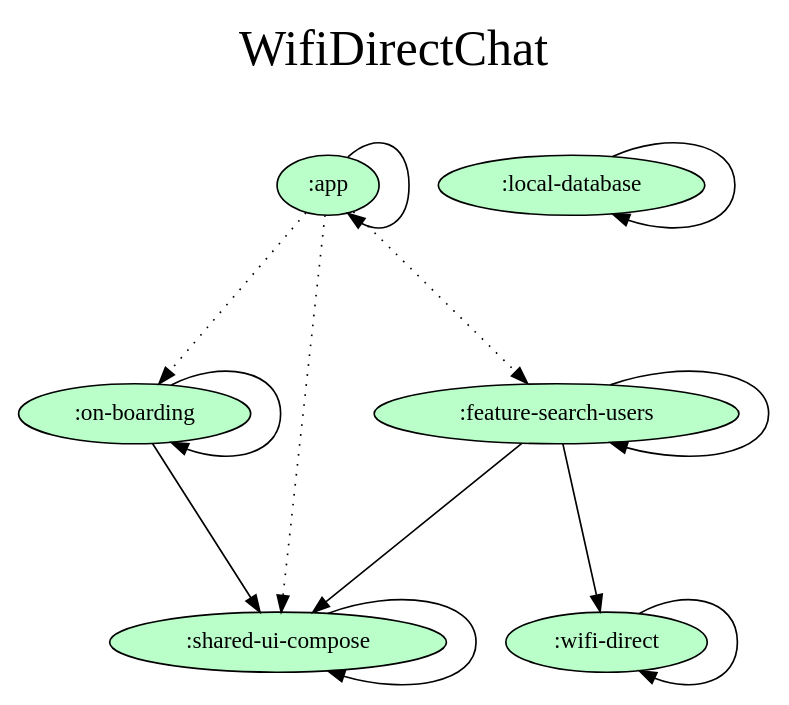
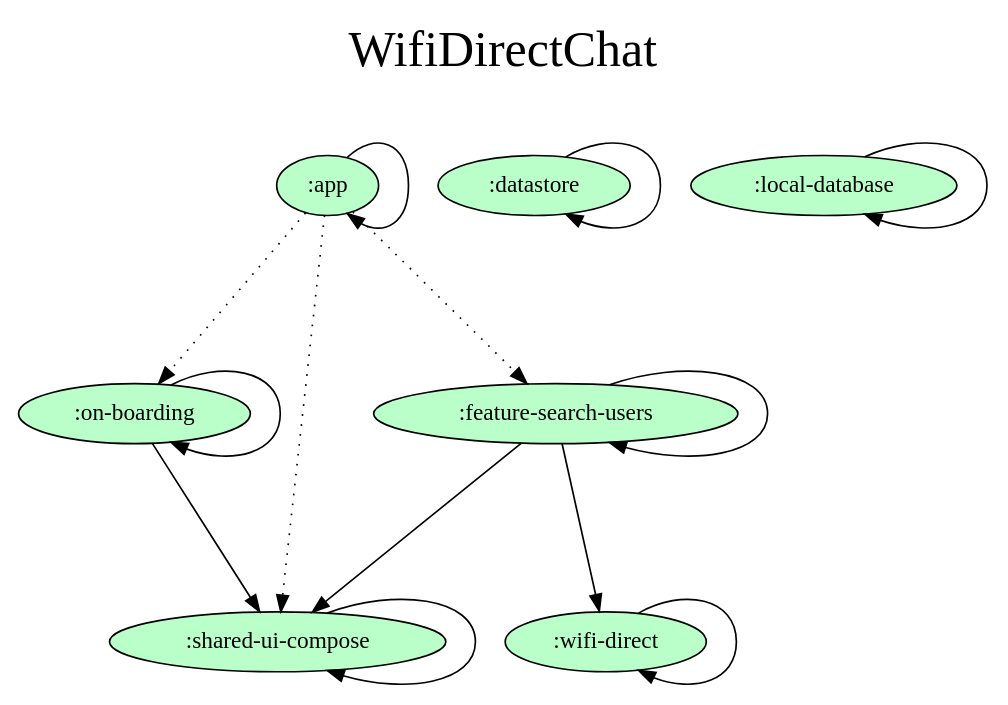
Before and after one commit to SilvVF/wd-chat: the diagram in dependency-graph/project.dot, drawn with Graphviz. The commit also changed 30 other files, not shown here.

```diff
--- a/dependency-graph/project.dot
+++ b/dependency-graph/project.dot
@@ -1,31 +1,33 @@
 digraph {
   graph [label="WifiDirectChat\n ",labelloc=t,fontsize=30,ranksep=1.4];
   node [style=filled, fillcolor="#bbbbbb"];
   rankdir=TB;
 
   # Projects
 
   ":app" [fillcolor="#baffc9"];
+  ":datastore" [fillcolor="#baffc9"];
   ":feature-search-users" [fillcolor="#baffc9"];
   ":local-database" [fillcolor="#baffc9"];
   ":on-boarding" [fillcolor="#baffc9"];
   ":shared-ui-compose" [fillcolor="#baffc9"];
   ":wifi-direct" [fillcolor="#baffc9"];
 
   {rank = same;}
 
   # Dependencies
 
   ":app" -> ":app"
   ":app" -> ":on-boarding" [style=dotted]
   ":app" -> ":shared-ui-compose" [style=dotted]
   ":app" -> ":feature-search-users" [style=dotted]
   ":shared-ui-compose" -> ":shared-ui-compose"
+  ":datastore" -> ":datastore"
   ":feature-search-users" -> ":shared-ui-compose"
   ":feature-search-users" -> ":wifi-direct"
   ":feature-search-users" -> ":feature-search-users"
   ":on-boarding" -> ":shared-ui-compose"
   ":on-boarding" -> ":on-boarding"
   ":wifi-direct" -> ":wifi-direct"
   ":local-database" -> ":local-database"
 }
```
